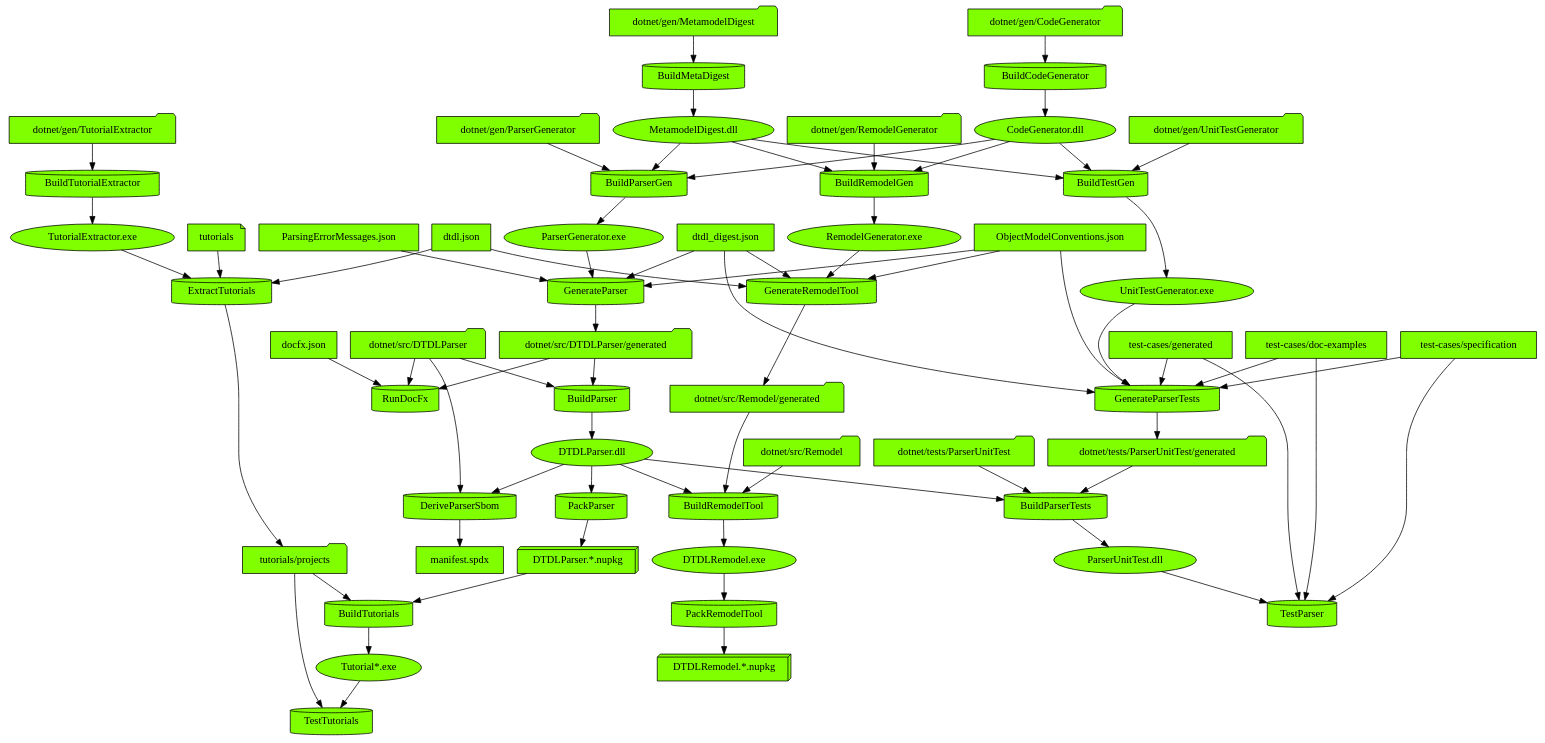
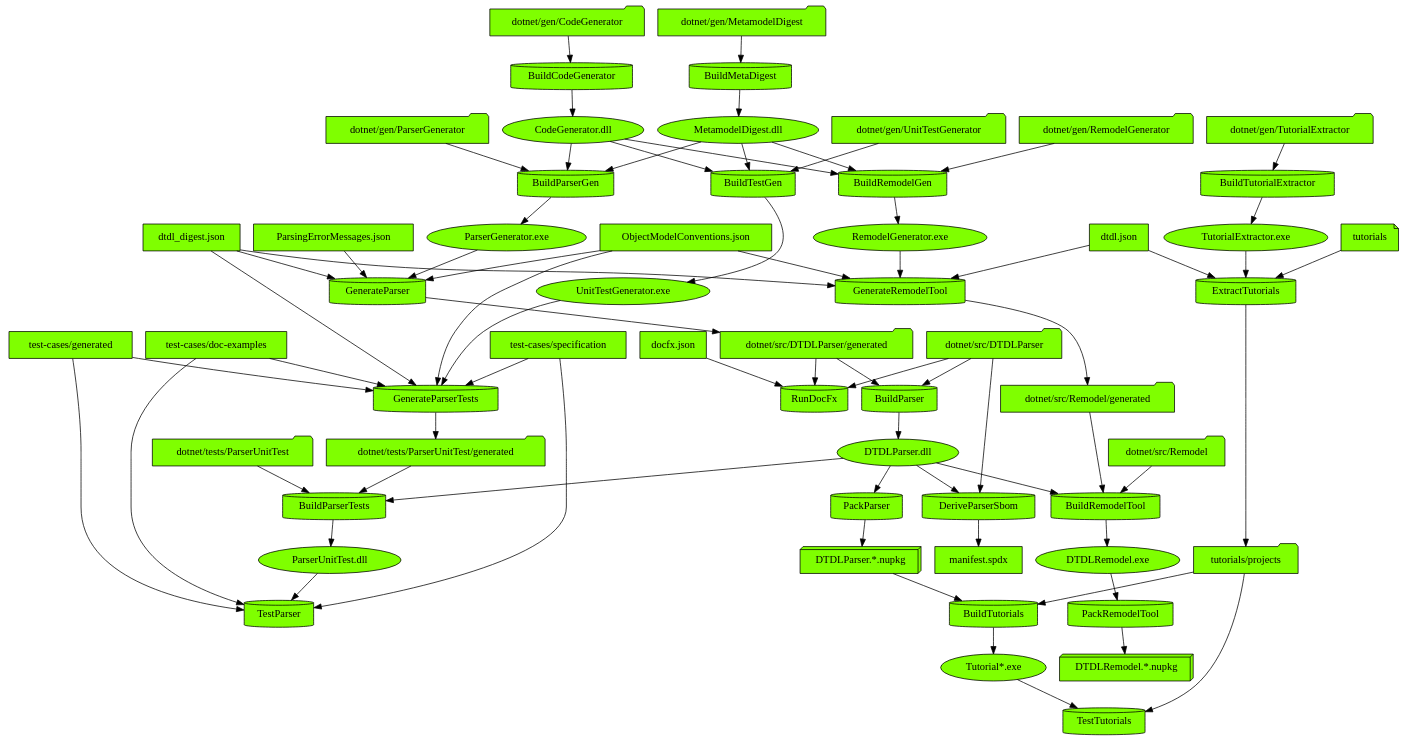
Before and after one commit to digitaltwinconsortium/DTDLParser: the diagram in images/input/generated/DevelopFlowDiagram.dot, drawn with Graphviz. The commit also changed other lines of this file and 24 other files, not shown here.

```diff
--- a/images/input/generated/DevelopFlowDiagram.dot
+++ b/images/input/generated/DevelopFlowDiagram.dot
@@ -1,128 +1,128 @@
 digraph {
   {
+    "BuildTestGen" [shape=cylinder style=filled fillcolor=chartreuse]
+    "GenerateRemodelTool" [shape=cylinder style=filled fillcolor=chartreuse]
+    "BuildParserGen" [shape=cylinder style=filled fillcolor=chartreuse]
+    "PackRemodelTool" [shape=cylinder style=filled fillcolor=chartreuse]
+    "BuildRemodelTool" [shape=cylinder style=filled fillcolor=chartreuse]
+    "BuildCodeGenerator" [shape=cylinder style=filled fillcolor=chartreuse]
     "BuildTutorialExtractor" [shape=cylinder style=filled fillcolor=chartreuse]
-    "PackRemodelTool" [shape=cylinder style=filled fillcolor=chartreuse]
+    "RunDocFx" [shape=cylinder style=filled fillcolor=chartreuse]
+    "GenerateParserTests" [shape=cylinder style=filled fillcolor=chartreuse]
+    "ExtractTutorials" [shape=cylinder style=filled fillcolor=chartreuse]
+    "BuildMetaDigest" [shape=cylinder style=filled fillcolor=chartreuse]
+    "BuildRemodelGen" [shape=cylinder style=filled fillcolor=chartreuse]
+    "PackParser" [shape=cylinder style=filled fillcolor=chartreuse]
     "GenerateParser" [shape=cylinder style=filled fillcolor=chartreuse]
-    "BuildRemodelGen" [shape=cylinder style=filled fillcolor=chartreuse]
+    "TestTutorials" [shape=cylinder style=filled fillcolor=chartreuse]
+    "BuildParser" [shape=cylinder style=filled fillcolor=chartreuse]
     "TestParser" [shape=cylinder style=filled fillcolor=chartreuse]
-    "PackParser" [shape=cylinder style=filled fillcolor=chartreuse]
-    "GenerateRemodelTool" [shape=cylinder style=filled fillcolor=chartreuse]
-    "TestTutorials" [shape=cylinder style=filled fillcolor=chartreuse]
-    "BuildCodeGenerator" [shape=cylinder style=filled fillcolor=chartreuse]
+    "BuildParserTests" [shape=cylinder style=filled fillcolor=chartreuse]
     "DeriveParserSbom" [shape=cylinder style=filled fillcolor=chartreuse]
-    "BuildTestGen" [shape=cylinder style=filled fillcolor=chartreuse]
-    "BuildRemodelTool" [shape=cylinder style=filled fillcolor=chartreuse]
-    "BuildParser" [shape=cylinder style=filled fillcolor=chartreuse]
-    "RunDocFx" [shape=cylinder style=filled fillcolor=chartreuse]
-    "ExtractTutorials" [shape=cylinder style=filled fillcolor=chartreuse]
     "BuildTutorials" [shape=cylinder style=filled fillcolor=chartreuse]
-    "BuildParserGen" [shape=cylinder style=filled fillcolor=chartreuse]
-    "BuildMetaDigest" [shape=cylinder style=filled fillcolor=chartreuse]
-    "BuildParserTests" [shape=cylinder style=filled fillcolor=chartreuse]
-    "GenerateParserTests" [shape=cylinder style=filled fillcolor=chartreuse]
+    "dotnet/gen/UnitTestGenerator" [shape=folder style=filled fillcolor=chartreuse]
+    "MetamodelDigest.dll" [shape=ellipse style=filled fillcolor=chartreuse]
+    "CodeGenerator.dll" [shape=ellipse style=filled fillcolor=chartreuse]
+    "UnitTestGenerator.exe" [shape=ellipse style=filled fillcolor=chartreuse]
+    "RemodelGenerator.exe" [shape=ellipse style=filled fillcolor=chartreuse]
+    "dtdl.json" [shape=box style=filled fillcolor=chartreuse]
+    "dtdl_digest.json" [shape=box style=filled fillcolor=chartreuse]
+    "ObjectModelConventions.json" [shape=box style=filled fillcolor=chartreuse]
+    "dotnet/src/Remodel/generated" [shape=folder style=filled fillcolor=chartreuse]
+    "dotnet/gen/ParserGenerator" [shape=folder style=filled fillcolor=chartreuse]
+    "ParserGenerator.exe" [shape=ellipse style=filled fillcolor=chartreuse]
+    "DTDLRemodel.exe" [shape=ellipse style=filled fillcolor=chartreuse]
+    "DTDLRemodel.*.nupkg" [shape=box3d style=filled fillcolor=chartreuse]
+    "dotnet/src/Remodel" [shape=folder style=filled fillcolor=chartreuse]
+    "DTDLParser.dll" [shape=ellipse style=filled fillcolor=chartreuse]
+    "dotnet/gen/CodeGenerator" [shape=folder style=filled fillcolor=chartreuse]
     "dotnet/gen/TutorialExtractor" [shape=folder style=filled fillcolor=chartreuse]
     "TutorialExtractor.exe" [shape=ellipse style=filled fillcolor=chartreuse]
-    "DTDLRemodel.exe" [shape=ellipse style=filled fillcolor=chartreuse]
-    "DTDLRemodel.*.nupkg" [shape=box3d style=filled fillcolor=chartreuse]
-    "ParserGenerator.exe" [shape=ellipse style=filled fillcolor=chartreuse]
-    "dtdl_digest.json" [shape=box style=filled fillcolor=chartreuse]
-    "ObjectModelConventions.json" [shape=box style=filled fillcolor=chartreuse]
-    "ParsingErrorMessages.json" [shape=box style=filled fillcolor=chartreuse]
+    "dotnet/src/DTDLParser" [shape=folder style=filled fillcolor=chartreuse]
     "dotnet/src/DTDLParser/generated" [shape=folder style=filled fillcolor=chartreuse]
-    "dotnet/gen/RemodelGenerator" [shape=folder style=filled fillcolor=chartreuse]
-    "MetamodelDigest.dll" [shape=ellipse style=filled fillcolor=chartreuse]
-    "CodeGenerator.dll" [shape=ellipse style=filled fillcolor=chartreuse]
-    "RemodelGenerator.exe" [shape=ellipse style=filled fillcolor=chartreuse]
-    "ParserUnitTest.dll" [shape=ellipse style=filled fillcolor=chartreuse]
+    "docfx.json" [shape=box style=filled fillcolor=chartreuse]
     "test-cases/generated" [shape=box style=filled fillcolor=chartreuse]
     "test-cases/doc-examples" [shape=box style=filled fillcolor=chartreuse]
     "test-cases/specification" [shape=box style=filled fillcolor=chartreuse]
-    "DTDLParser.dll" [shape=ellipse style=filled fillcolor=chartreuse]
+    "dotnet/tests/ParserUnitTest/generated" [shape=folder style=filled fillcolor=chartreuse]
+    "tutorials" [shape=note style=filled fillcolor=chartreuse]
+    "tutorials/projects" [shape=folder style=filled fillcolor=chartreuse]
+    "dotnet/gen/MetamodelDigest" [shape=folder style=filled fillcolor=chartreuse]
+    "dotnet/gen/RemodelGenerator" [shape=folder style=filled fillcolor=chartreuse]
     "DTDLParser.*.nupkg" [shape=box3d style=filled fillcolor=chartreuse]
-    "dtdl.json" [shape=box style=filled fillcolor=chartreuse]
-    "dotnet/src/Remodel/generated" [shape=folder style=filled fillcolor=chartreuse]
+    "ParsingErrorMessages.json" [shape=box style=filled fillcolor=chartreuse]
     "Tutorial*.exe" [shape=ellipse style=filled fillcolor=chartreuse]
-    "tutorials/projects" [shape=folder style=filled fillcolor=chartreuse]
-    "dotnet/gen/CodeGenerator" [shape=folder style=filled fillcolor=chartreuse]
-    "dotnet/src/DTDLParser" [shape=folder style=filled fillcolor=chartreuse]
+    "ParserUnitTest.dll" [shape=ellipse style=filled fillcolor=chartreuse]
+    "dotnet/tests/ParserUnitTest" [shape=folder style=filled fillcolor=chartreuse]
     "manifest.spdx" [shape=box style=filled fillcolor=chartreuse]
-    "dotnet/gen/UnitTestGenerator" [shape=folder style=filled fillcolor=chartreuse]
-    "UnitTestGenerator.exe" [shape=ellipse style=filled fillcolor=chartreuse]
-    "dotnet/src/Remodel" [shape=folder style=filled fillcolor=chartreuse]
-    "docfx.json" [shape=box style=filled fillcolor=chartreuse]
-    "tutorials" [shape=note style=filled fillcolor=chartreuse]
-    "dotnet/gen/ParserGenerator" [shape=folder style=filled fillcolor=chartreuse]
-    "dotnet/gen/MetamodelDigest" [shape=folder style=filled fillcolor=chartreuse]
-    "dotnet/tests/ParserUnitTest" [shape=folder style=filled fillcolor=chartreuse]
-    "dotnet/tests/ParserUnitTest/generated" [shape=folder style=filled fillcolor=chartreuse]
   }
-  "dotnet/gen/TutorialExtractor" -> "BuildTutorialExtractor"
-  "BuildTutorialExtractor" -> "TutorialExtractor.exe"
-  "DTDLRemodel.exe" -> "PackRemodelTool"
-  "PackRemodelTool" -> "DTDLRemodel.*.nupkg"
-  "ParserGenerator.exe" -> "GenerateParser"
-  "dtdl_digest.json" -> "GenerateParser"
-  "ObjectModelConventions.json" -> "GenerateParser"
-  "ParsingErrorMessages.json" -> "GenerateParser"
-  "GenerateParser" -> "dotnet/src/DTDLParser/generated"
-  "dotnet/gen/RemodelGenerator" -> "BuildRemodelGen"
-  "MetamodelDigest.dll" -> "BuildRemodelGen"
-  "CodeGenerator.dll" -> "BuildRemodelGen"
-  "BuildRemodelGen" -> "RemodelGenerator.exe"
-  "ParserUnitTest.dll" -> "TestParser"
-  "test-cases/generated" -> "TestParser"
-  "test-cases/doc-examples" -> "TestParser"
-  "test-cases/specification" -> "TestParser"
-  "DTDLParser.dll" -> "PackParser"
-  "PackParser" -> "DTDLParser.*.nupkg"
+  "dotnet/gen/UnitTestGenerator" -> "BuildTestGen"
+  "MetamodelDigest.dll" -> "BuildTestGen"
+  "CodeGenerator.dll" -> "BuildTestGen"
+  "BuildTestGen" -> "UnitTestGenerator.exe"
   "RemodelGenerator.exe" -> "GenerateRemodelTool"
   "dtdl.json" -> "GenerateRemodelTool"
   "dtdl_digest.json" -> "GenerateRemodelTool"
   "ObjectModelConventions.json" -> "GenerateRemodelTool"
   "GenerateRemodelTool" -> "dotnet/src/Remodel/generated"
-  "Tutorial*.exe" -> "TestTutorials"
-  "tutorials/projects" -> "TestTutorials"
-  "dotnet/gen/CodeGenerator" -> "BuildCodeGenerator"
-  "BuildCodeGenerator" -> "CodeGenerator.dll"
-  "DTDLParser.dll" -> "DeriveParserSbom"
-  "dotnet/src/DTDLParser" -> "DeriveParserSbom"
-  "DeriveParserSbom" -> "manifest.spdx"
-  "dotnet/gen/UnitTestGenerator" -> "BuildTestGen"
-  "MetamodelDigest.dll" -> "BuildTestGen"
-  "CodeGenerator.dll" -> "BuildTestGen"
-  "BuildTestGen" -> "UnitTestGenerator.exe"
+  "dotnet/gen/ParserGenerator" -> "BuildParserGen"
+  "MetamodelDigest.dll" -> "BuildParserGen"
+  "CodeGenerator.dll" -> "BuildParserGen"
+  "BuildParserGen" -> "ParserGenerator.exe"
+  "DTDLRemodel.exe" -> "PackRemodelTool"
+  "PackRemodelTool" -> "DTDLRemodel.*.nupkg"
   "dotnet/src/Remodel" -> "BuildRemodelTool"
   "dotnet/src/Remodel/generated" -> "BuildRemodelTool"
   "DTDLParser.dll" -> "BuildRemodelTool"
   "BuildRemodelTool" -> "DTDLRemodel.exe"
-  "dotnet/src/DTDLParser" -> "BuildParser"
-  "dotnet/src/DTDLParser/generated" -> "BuildParser"
-  "BuildParser" -> "DTDLParser.dll"
+  "dotnet/gen/CodeGenerator" -> "BuildCodeGenerator"
+  "BuildCodeGenerator" -> "CodeGenerator.dll"
+  "dotnet/gen/TutorialExtractor" -> "BuildTutorialExtractor"
+  "BuildTutorialExtractor" -> "TutorialExtractor.exe"
   "dotnet/src/DTDLParser" -> "RunDocFx"
   "dotnet/src/DTDLParser/generated" -> "RunDocFx"
   "docfx.json" -> "RunDocFx"
-  "TutorialExtractor.exe" -> "ExtractTutorials"
-  "dtdl.json" -> "ExtractTutorials"
-  "tutorials" -> "ExtractTutorials"
-  "ExtractTutorials" -> "tutorials/projects"
-  "DTDLParser.*.nupkg" -> "BuildTutorials"
-  "tutorials/projects" -> "BuildTutorials"
-  "BuildTutorials" -> "Tutorial*.exe"
-  "dotnet/gen/ParserGenerator" -> "BuildParserGen"
-  "MetamodelDigest.dll" -> "BuildParserGen"
-  "CodeGenerator.dll" -> "BuildParserGen"
-  "BuildParserGen" -> "ParserGenerator.exe"
-  "dotnet/gen/MetamodelDigest" -> "BuildMetaDigest"
-  "BuildMetaDigest" -> "MetamodelDigest.dll"
-  "dotnet/tests/ParserUnitTest" -> "BuildParserTests"
-  "dotnet/tests/ParserUnitTest/generated" -> "BuildParserTests"
-  "DTDLParser.dll" -> "BuildParserTests"
-  "BuildParserTests" -> "ParserUnitTest.dll"
   "UnitTestGenerator.exe" -> "GenerateParserTests"
   "dtdl_digest.json" -> "GenerateParserTests"
   "ObjectModelConventions.json" -> "GenerateParserTests"
   "test-cases/generated" -> "GenerateParserTests"
   "test-cases/doc-examples" -> "GenerateParserTests"
   "test-cases/specification" -> "GenerateParserTests"
   "GenerateParserTests" -> "dotnet/tests/ParserUnitTest/generated"
+  "TutorialExtractor.exe" -> "ExtractTutorials"
+  "dtdl.json" -> "ExtractTutorials"
+  "tutorials" -> "ExtractTutorials"
+  "ExtractTutorials" -> "tutorials/projects"
+  "dotnet/gen/MetamodelDigest" -> "BuildMetaDigest"
+  "BuildMetaDigest" -> "MetamodelDigest.dll"
+  "dotnet/gen/RemodelGenerator" -> "BuildRemodelGen"
+  "MetamodelDigest.dll" -> "BuildRemodelGen"
+  "CodeGenerator.dll" -> "BuildRemodelGen"
+  "BuildRemodelGen" -> "RemodelGenerator.exe"
+  "DTDLParser.dll" -> "PackParser"
+  "PackParser" -> "DTDLParser.*.nupkg"
+  "ParserGenerator.exe" -> "GenerateParser"
+  "dtdl_digest.json" -> "GenerateParser"
+  "ObjectModelConventions.json" -> "GenerateParser"
+  "ParsingErrorMessages.json" -> "GenerateParser"
+  "GenerateParser" -> "dotnet/src/DTDLParser/generated"
+  "Tutorial*.exe" -> "TestTutorials"
+  "tutorials/projects" -> "TestTutorials"
+  "dotnet/src/DTDLParser" -> "BuildParser"
+  "dotnet/src/DTDLParser/generated" -> "BuildParser"
+  "BuildParser" -> "DTDLParser.dll"
+  "ParserUnitTest.dll" -> "TestParser"
+  "test-cases/generated" -> "TestParser"
+  "test-cases/doc-examples" -> "TestParser"
+  "test-cases/specification" -> "TestParser"
+  "dotnet/tests/ParserUnitTest" -> "BuildParserTests"
+  "dotnet/tests/ParserUnitTest/generated" -> "BuildParserTests"
+  "DTDLParser.dll" -> "BuildParserTests"
+  "BuildParserTests" -> "ParserUnitTest.dll"
+  "DTDLParser.dll" -> "DeriveParserSbom"
+  "dotnet/src/DTDLParser" -> "DeriveParserSbom"
+  "DeriveParserSbom" -> "manifest.spdx"
+  "DTDLParser.*.nupkg" -> "BuildTutorials"
+  "tutorials/projects" -> "BuildTutorials"
+  "BuildTutorials" -> "Tutorial*.exe"
 }
```
